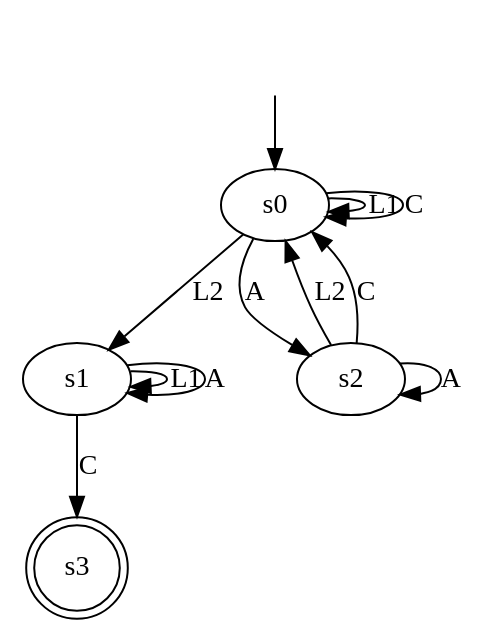
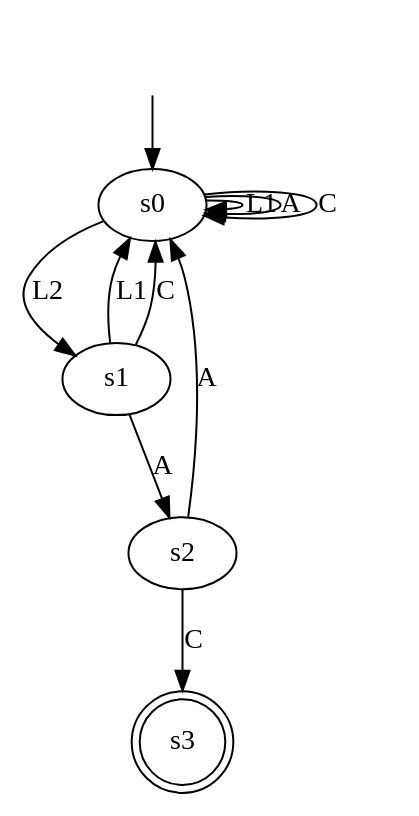
The diagram in output/magento_result_b_0.9.dot (tomyaacov/lstar_dont_care), drawn with Graphviz before and after one commit. The commit also changed 64 other files, not shown here.

```diff
--- a/output/magento_result_b_0.9.dot
+++ b/output/magento_result_b_0.9.dot
@@ -1,18 +1,17 @@
 digraph "output/magento_result_b_0.9" {
 s0 [label=s0];
 s1 [label=s1];
 s2 [label=s2];
 s3 [label=s3, shape=doublecircle];
 s0 -> s0  [label=L1];
 s0 -> s1  [label=L2];
-s0 -> s2  [label=A];
+s0 -> s0  [label=A];
 s0 -> s0  [label=C];
-s1 -> s1  [label=L1];
-s1 -> s1  [label=A];
-s1 -> s3  [label=C];
-s2 -> s0  [label=L2];
-s2 -> s2  [label=A];
-s2 -> s0  [label=C];
+s1 -> s0  [label=L1];
+s1 -> s2  [label=A];
+s1 -> s0  [label=C];
+s2 -> s0  [label=A];
+s2 -> s3  [label=C];
 __start0 [label="", shape=none];
 __start0 -> s0  [label=""];
 }
```
